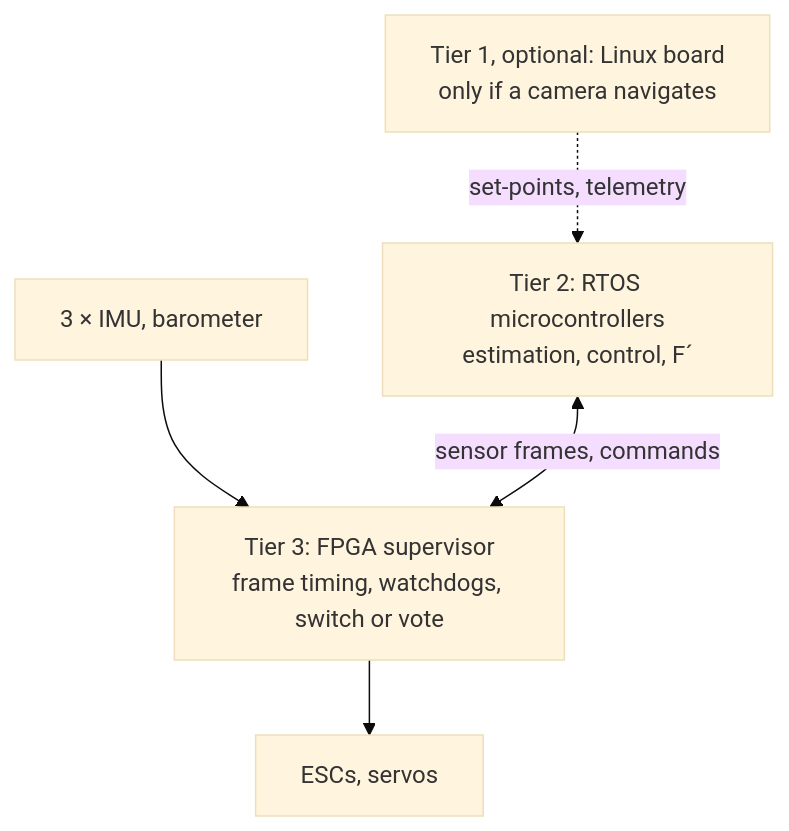
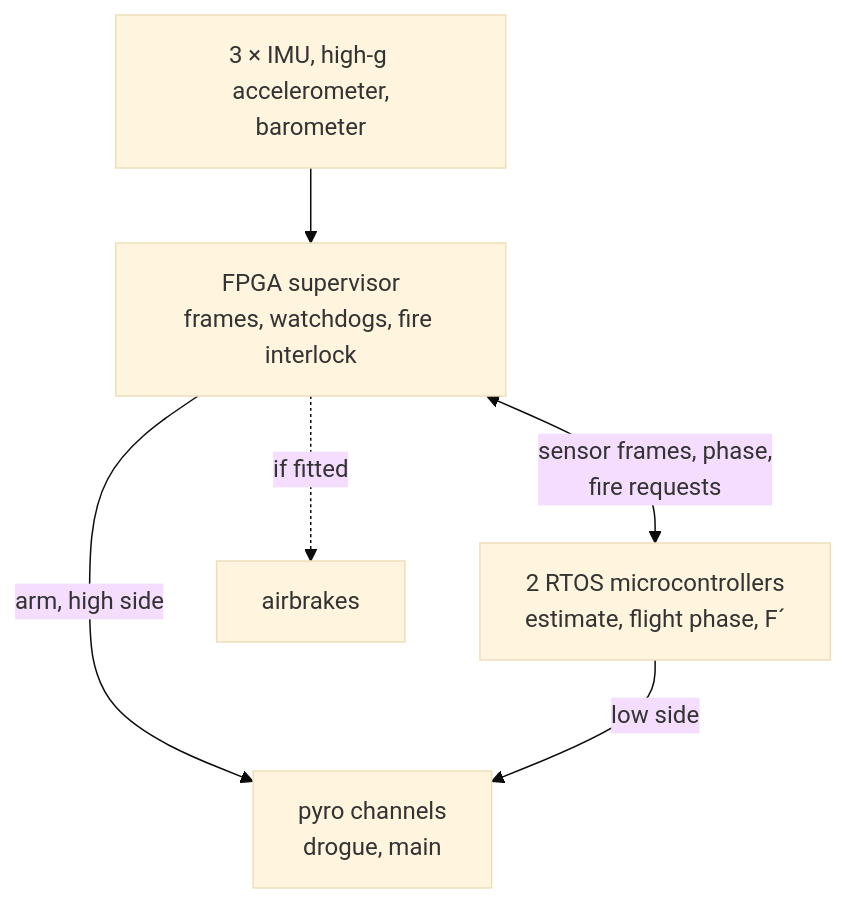
The first of 2 diagrams in README.md (spaceadler/EAGLE), drawn with Mermaid (base theme) before and after one commit. The commit also changed other lines of this file and 1 other file, not shown here.

````diff
--- a/README.md
+++ b/README.md
@@ -15,12 +15,8 @@
 ```mermaid
 flowchart TB
-    sbc["Tier 1, optional: Linux board<br/>only if a camera navigates"]
-    sens["3 × IMU, barometer"]
-    mcu["Tier 2: RTOS microcontrollers<br/>estimation, control, F´"]
-    fpga["Tier 3: FPGA supervisor<br/>frame timing, watchdogs, switch or vote"]
-    act["ESCs, servos"]
-    sbc -.->|"set-points, telemetry"| mcu
-    sens --> fpga
-    mcu <-->|"sensor frames, commands"| fpga
-    fpga --> act
+    sens["3 × IMU, high-g accelerometer,<br/>barometer"] --> fpga["FPGA supervisor<br/>frames, watchdogs, fire interlock"]
+    fpga <-->|"sensor frames, phase,<br/>fire requests"| mcu["2 RTOS microcontrollers<br/>estimate, flight phase, F´"]
+    fpga -->|"arm, high side"| pyro["pyro channels<br/>drogue, main"]
+    mcu -->|"low side"| pyro
+    fpga -.->|"if fitted"| ab["airbrakes"]
 ```
````
